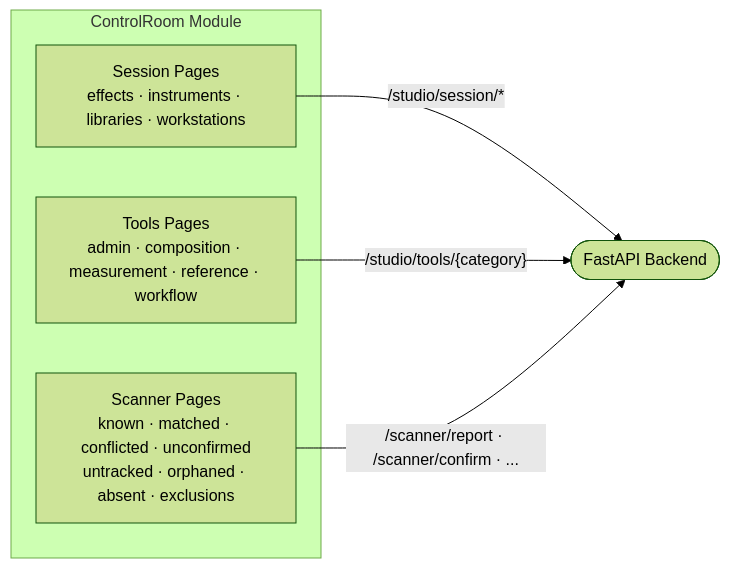
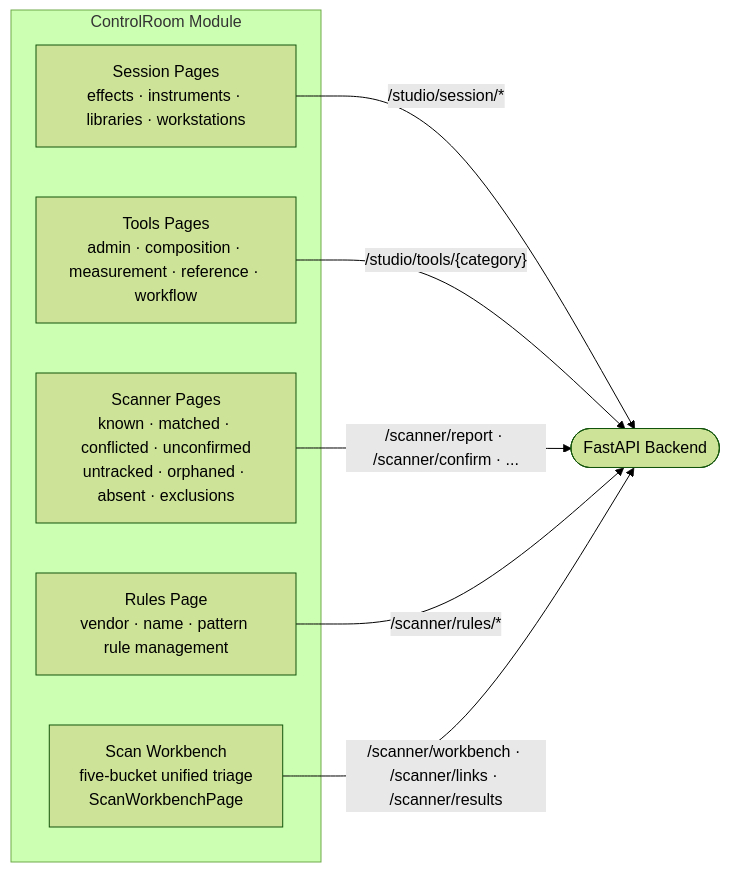
The first of 2 diagrams in docs/arch/diagrams/l3-pages.md (edtbl76/stud.io), drawn with Mermaid (forest theme) before and after one commit. The commit also changed 83 other files, not shown here.

````diff
--- a/docs/arch/diagrams/l3-pages.md
+++ b/docs/arch/diagrams/l3-pages.md
@@ -9,14 +9,18 @@
 ```mermaid
 graph LR
     subgraph controlroom ["ControlRoom Module"]
         session_pages["Session Pages\neffects · instruments · libraries · workstations"]
         tools_pages["Tools Pages\nadmin · composition · measurement · reference · workflow"]
         scanner_pages["Scanner Pages\nknown · matched · conflicted · unconfirmed\nuntracked · orphaned · absent · exclusions"]
+        rules_pages["Rules Page\nvendor · name · pattern rule management"]
+        workbench_page["Scan Workbench\nfive-bucket unified triage\nScanWorkbenchPage"]
     end
 
     backend(["FastAPI Backend"])
 
     session_pages -->|"/studio/session/*"| backend
     tools_pages -->|"/studio/tools/{category}"| backend
     scanner_pages -->|"/scanner/report · /scanner/confirm · ..."| backend
+    rules_pages -->|"/scanner/rules/*"| backend
+    workbench_page -->|"/scanner/workbench · /scanner/links · /scanner/results"| backend
 ```
````
